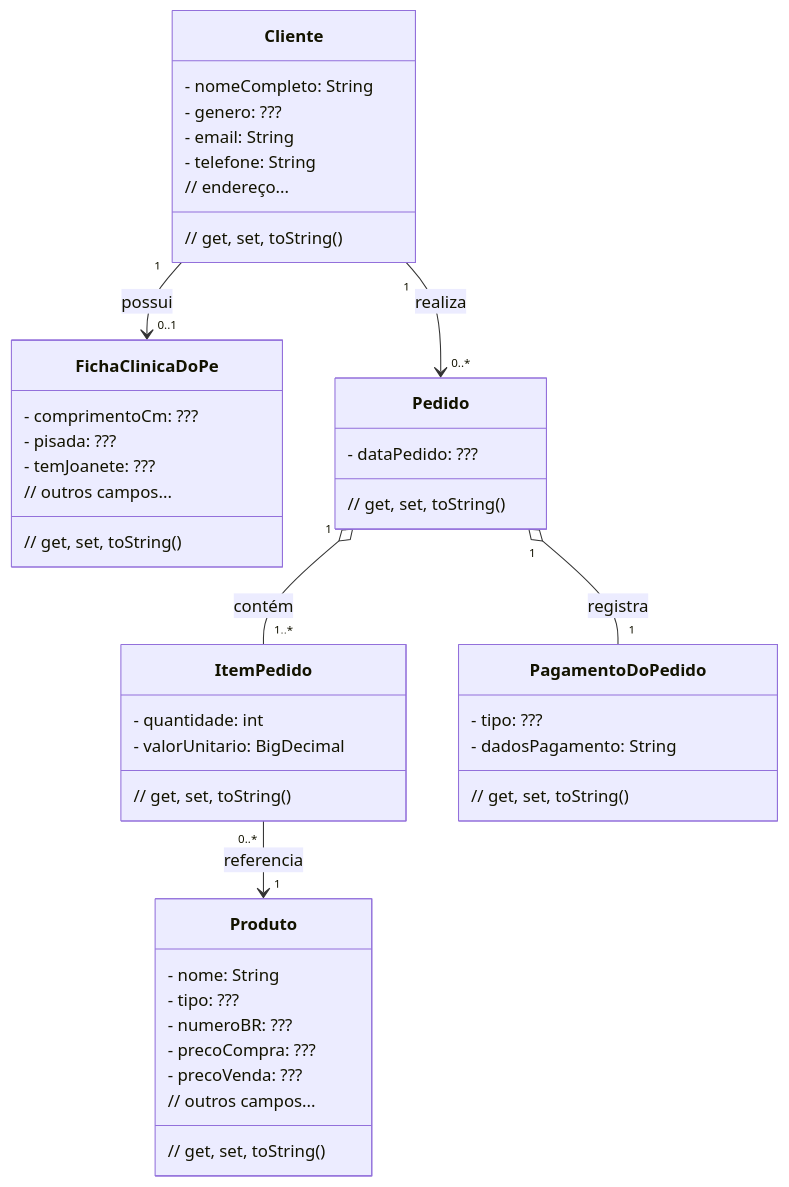
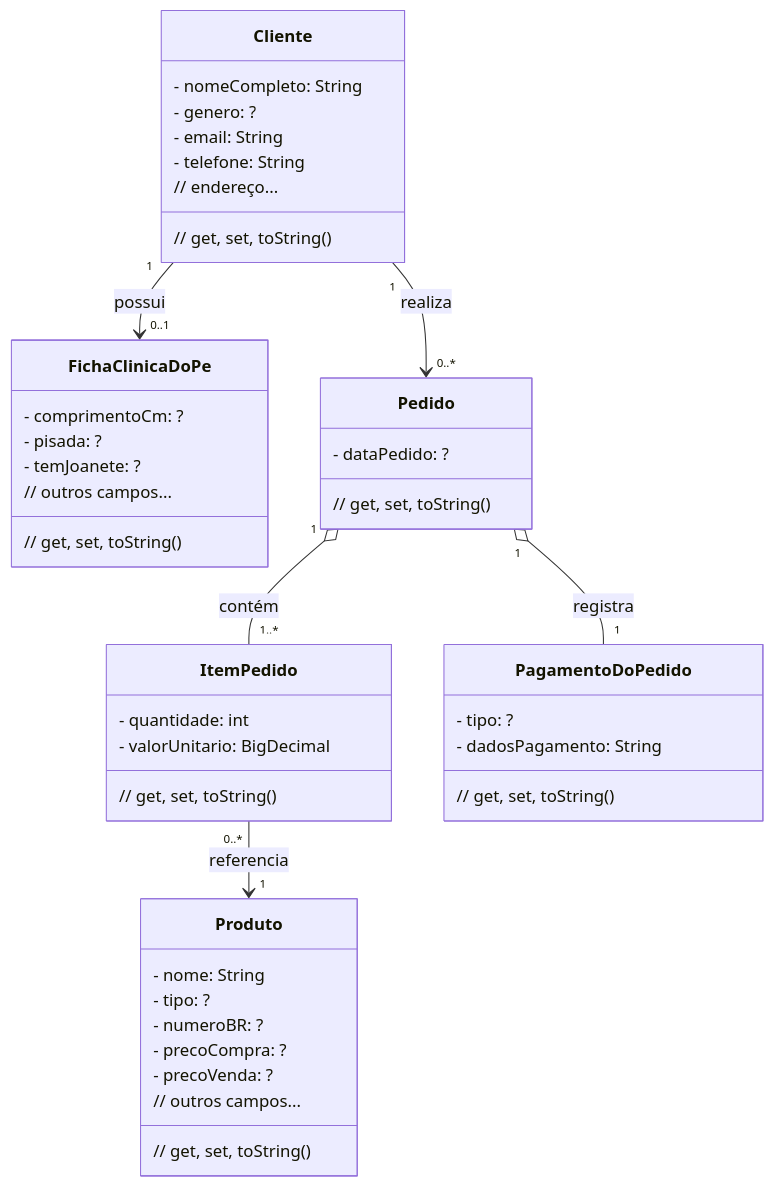
One commit to pwebufersa/pweb_2026.2_xicoArruda changed the diagram in unidade2/ProjetoProgWeb-2026.2.md. Above: the diagram before and after it, drawn with Mermaid.

````diff
--- a/unidade2/ProjetoProgWeb-2026.2.md
+++ b/unidade2/ProjetoProgWeb-2026.2.md
@@ -135,52 +135,52 @@
 ```mermaid
 classDiagram
     class Cliente {
         - nomeCompleto: String
-        - genero: ???
+        - genero: ?
         - email: String
         - telefone: String
         // endereço...
         // get, set, toString()
     }
 
     class FichaClinicaDoPe {
-        - comprimentoCm: ???
-        - pisada: ???
-        - temJoanete: ???
+        - comprimentoCm: ?
+        - pisada: ?
+        - temJoanete: ?
         // outros campos...
         // get, set, toString()
     }
 
     class Produto {
         - nome: String
-        - tipo: ???
-        - numeroBR: ???
-        - precoCompra: ???
-        - precoVenda: ???
+        - tipo: ?
+        - numeroBR: ?
+        - precoCompra: ?
+        - precoVenda: ?
         // outros campos...
         // get, set, toString()
     }
 
     class Pedido {
-        - dataPedido: ???
+        - dataPedido: ?
         // get, set, toString()
     }
 
     class ItemPedido {
         - quantidade: int
         - valorUnitario: BigDecimal
         // get, set, toString()
     }
 
     class PagamentoDoPedido {
-        - tipo: ???
+        - tipo: ?
         - dadosPagamento: String
         // get, set, toString()
     }
 
     Cliente "1" --> "0..1" FichaClinicaDoPe : possui
     Cliente "1" --> "0..*" Pedido : realiza
     Pedido "1" o-- "1..*" ItemPedido : contém
     Pedido "1" o-- "1" PagamentoDoPedido : registra
     ItemPedido "0..*" --> "1" Produto : referencia
 ```
````
